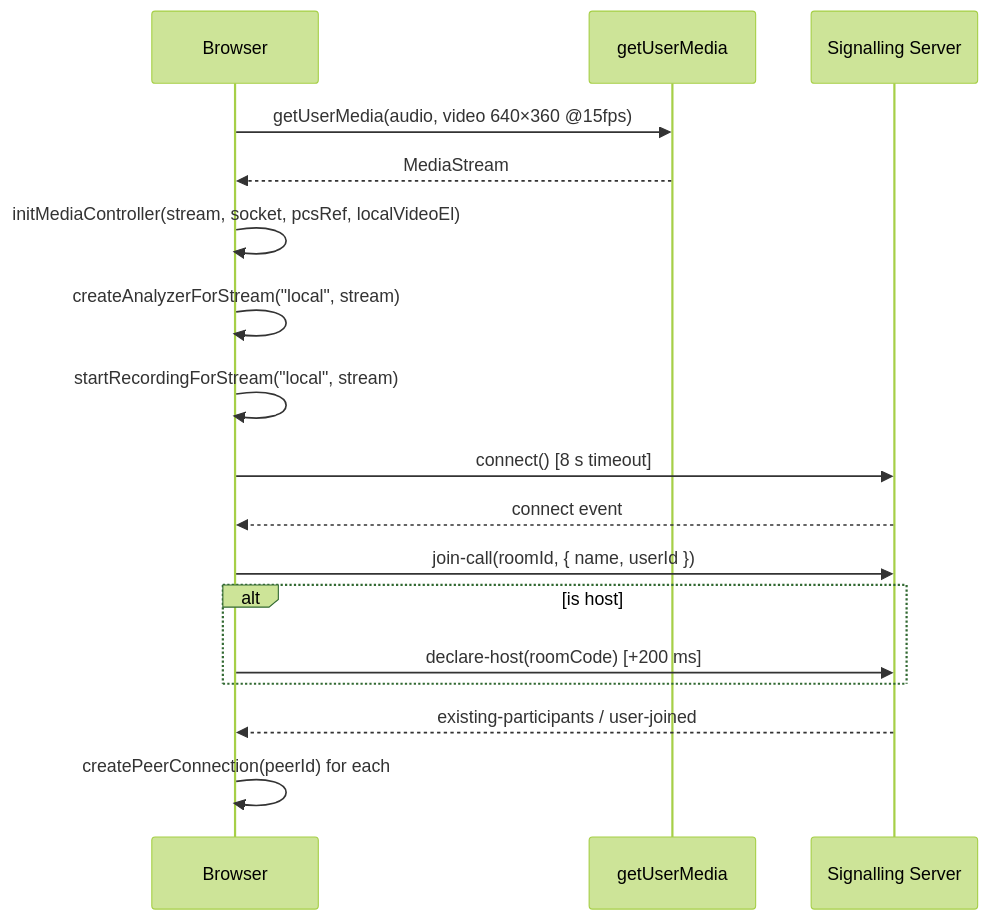
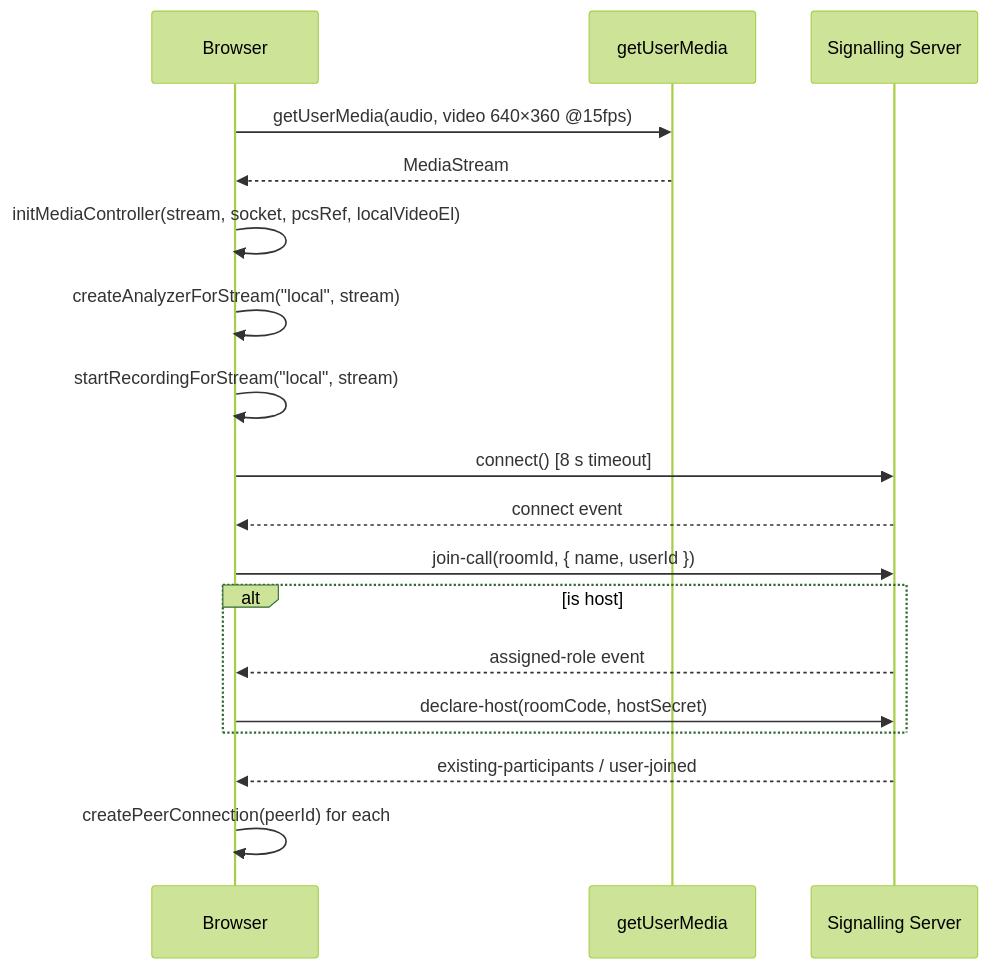
One commit to AnupamKumar-1/Hoovik changed the fifth of 5 diagrams in docs/frontend.md. Above: the diagram before and after it, drawn with Mermaid (forest theme). The commit also changed other lines of this file and 1 other file, not shown here.

Commit message:
docs: update backend.md and frontend.md for emotion-aware AI summary pipeline and host role verification

````diff
--- a/docs/frontend.md
+++ b/docs/frontend.md
@@ -139,20 +139,21 @@
 ```mermaid
 sequenceDiagram
     participant B as Browser
     participant GUM as getUserMedia
     participant S as Signalling Server
 
     B->>GUM: getUserMedia(audio, video 640×360 @15fps)
     GUM-->>B: MediaStream
     B->>B: initMediaController(stream, socket, pcsRef, localVideoEl)
     B->>B: createAnalyzerForStream("local", stream)
     B->>B: startRecordingForStream("local", stream)
     B->>S: connect() [8 s timeout]
     S-->>B: connect event
     B->>S: join-call(roomId, { name, userId })
     alt is host
-        B->>S: declare-host(roomCode) [+200 ms]
+        S-->>B: assigned-role event
+        B->>S: declare-host(roomCode, hostSecret)
     end
     S-->>B: existing-participants / user-joined
     B->>B: createPeerConnection(peerId) for each
 ```
````
